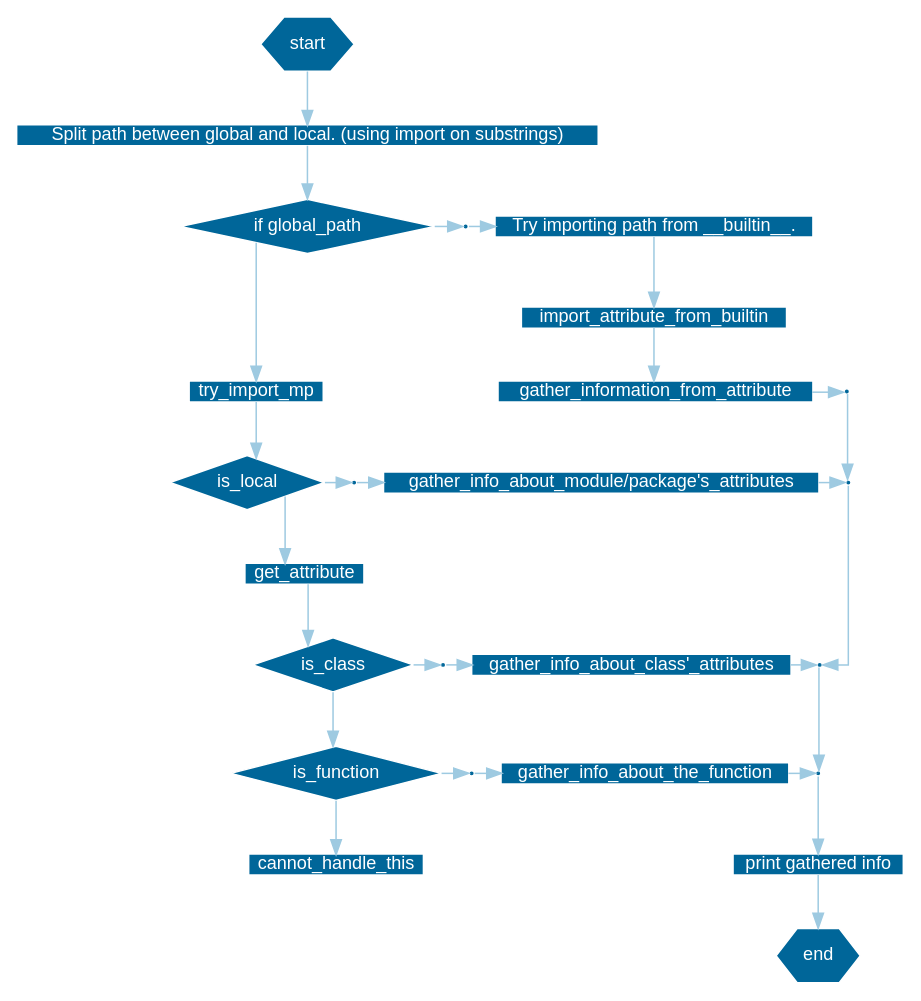
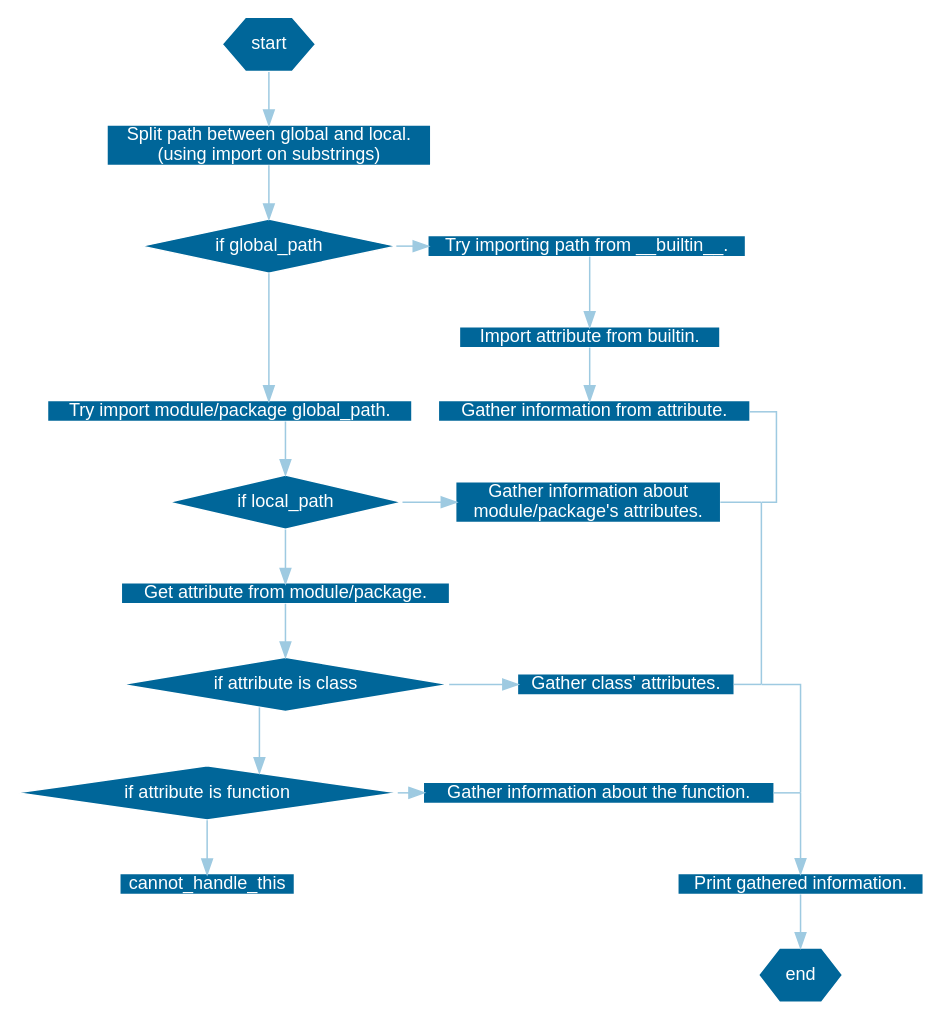
The diagram in assets/posts/pydir/flowchart.dot (dexpota/destro.me), drawn with Graphviz before and after one commit. The commit also changed 1 other file, not shown here.

Commit message:
Aggiornato il flowchart di pydir.

```diff
--- a/assets/posts/pydir/flowchart.dot
+++ b/assets/posts/pydir/flowchart.dot
@@ -1,92 +1,99 @@
 digraph G {
     fontname="sans-serif";
     splines="ortho";
     penwidth="0.1";
     edge [comment="Wildcard edge", 
           fontname="sans-serif", 
           fontsize=10, 
           colorscheme="blues3", 
           color=2, 
           fontcolor=3];
     node [shape="plain", 
           fontname="Helvetica", 
           fontsize=12, 
           fillcolor="#006699", 
           color="white", 
           fontcolor="white", 
           style="filled"];
     {
         rank=same;
         edge [comment="Wildcard node added automatic in EG."];
         node [comment="Wildcard node added automatic in EG."];
-        v0 [shape=point];
-        is_global -> v0;
-        v0 -> "try_builtin";
+        is_global -> "try_builtin";
     }
 
     {
         rank=same;
         edge [comment="Wildcard node added automatic in EG."];
         node [comment="Wildcard node added automatic in EG."];
-        v1 [shape=point];
-        v11 [shape=point];
-        is_local -> v1;
-        v1 -> "gather_info_about_module/package's_attributes";
-        "gather_info_about_module/package's_attributes" -> v11;
+        v11 [width=0, 
+             shape=point];
+        is_local -> gather_modpac;
+        gather_modpac -> v11  [dir=none];
+    }
+
+    gather_modpac [label="Gather information about\nmodule/package's attributes."];
+    {
+        rank=same;
+        edge [comment="Wildcard node added automatic in EG."];
+        node [comment="Wildcard node added automatic in EG."];
+        gather_class_info [label="Gather class' attributes."];
+        is_class -> gather_class_info;
+        gather_class_info -> v22  [dir=none];
+        v22 [width=0, 
+             shape=point];
     }
 
     {
         rank=same;
         edge [comment="Wildcard node added automatic in EG."];
         node [comment="Wildcard node added automatic in EG."];
-        v2 [shape=point];
-        is_class -> v2;
-        v2 -> "gather_info_about_class'_attributes";
-        "gather_info_about_class'_attributes" -> v22;
-        v22 [shape=point];
-    }
-
-    {
-        rank=same;
-        edge [comment="Wildcard node added automatic in EG."];
-        node [comment="Wildcard node added automatic in EG."];
-        v3 [shape=point];
-        v33 [shape=point];
-        is_function -> v3;
-        v3 -> "gather_info_about_the_function";
-        "gather_info_about_the_function" -> v33;
+        v33 [width=0, 
+             shape=point];
+        gather_function_info [label="Gather information about the function."];
+        is_function -> gather_function_info;
+        gather_function_info -> v33  [dir=none];
     }
 
     start [shape="hexagon"];
-    split_path [label="Split path between global and local. (using import on substrings)"];
+    split_path [label="Split path between global and local.\n(using import on substrings)"];
     is_global [shape=diamond, 
                label="if global_path"];
     try_builtin [label="Try importing path from __builtin__."];
-    is_local [shape=diamond];
-    is_class [shape=diamond];
-    is_function [shape=diamond];
+    is_local [shape=diamond, 
+              label="if local_path"];
+    is_class [shape=diamond, 
+              label="if attribute is class"];
+    is_function [shape=diamond, 
+                 label="if attribute is function"];
+    print_info [label="Print gathered information."];
+    get_attribute [label="Get attribute from module/package."];
     end [shape="hexagon"];
+    try_import_mp [label="Try import module/package global_path."];
     start -> split_path;
     split_path -> is_global;
     is_global -> try_import_mp;
     try_import_mp -> is_local;
     is_local -> get_attribute;
     get_attribute -> is_class;
     is_class -> is_function;
     is_function -> "cannot_handle_this";
-    v00 -> v11;
-    v11 -> v22;
-    v22 -> v33;
-    v33 -> "print gathered info";
-    "print gathered info" -> end;
-    try_builtin -> "import_attribute_from_builtin";
-    "import_attribute_from_builtin" -> "gather_information_from_attribute";
+    v00 -> v11  [dir=none];
+    v11 -> v22  [dir=none];
+    v22 -> v33  [dir=none];
+    v33 -> print_info;
+    print_info -> end;
+    try_builtin -> import_attribute_builtin;
+    import_attribute_builtin -> gather_attribute_info;
+    gather_attribute_info [label="Gather information from attribute."];
+    import_attribute_builtin [label="Import attribute from builtin."];
     {
         rank=same;
         edge [comment="Wildcard node added automatic in EG."];
         node [comment="Wildcard node added automatic in EG."];
-        v00 [shape=point];
-        "gather_information_from_attribute" -> v00;
+        v00 [width=0, 
+             shape=point];
+        gather_attribute_info -> v00  [dir=none];
     }
 
 }
```
